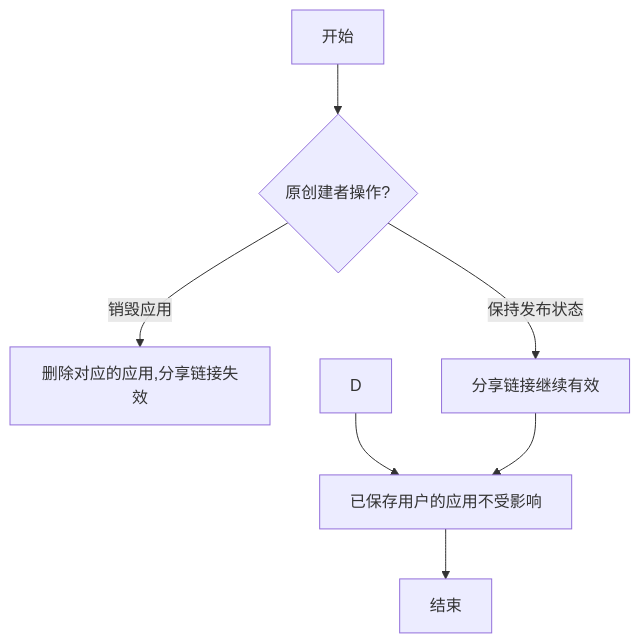
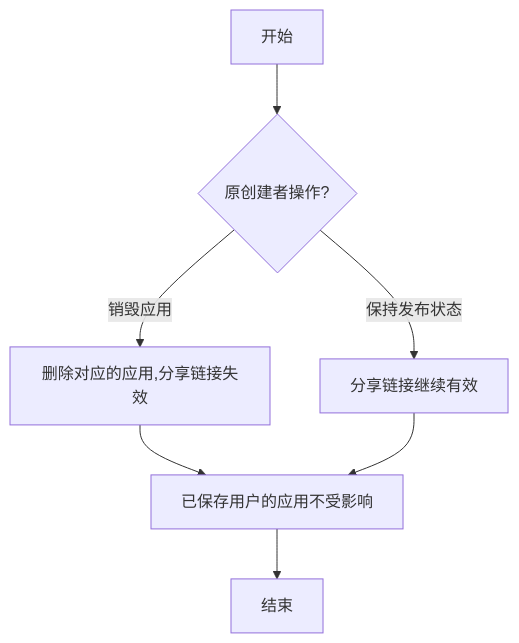
The diagram in all/未命名-64.md (yingjianzh/iodraw-files), drawn with Mermaid before and after one commit.

Commit message:
2025-05-21 18:33:45 update

````diff
--- a/all/未命名-64.md
+++ b/all/未命名-64.md
@@ -1,10 +1,10 @@
 ```mermaid
 flowchart TD
     A[开始] --> B{原创建者操作?}
     B -->|销毁应用| C[删除对应的应用,分享链接失效]
    
     B -->|保持发布状态| E[分享链接继续有效]
-    D --> F[已保存用户的应用不受影响]
+    C --> F[已保存用户的应用不受影响]
     E --> F
     F --> G[结束]
 ```
````
